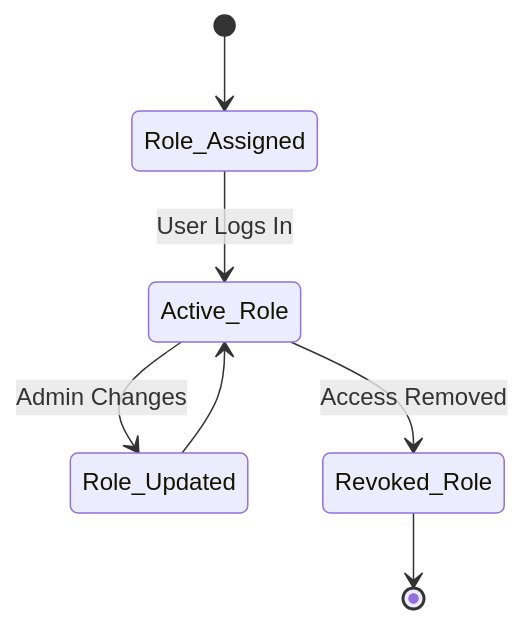
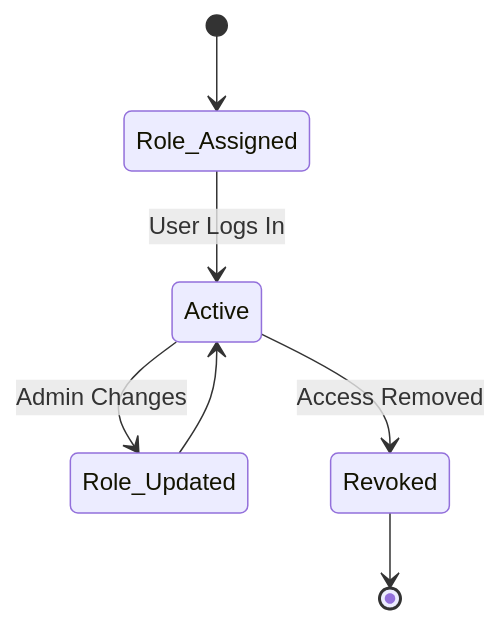
Before and after one commit to glory-kasongo-03/Doctor_appointment_booking_system: the sixth of 8 diagrams in State Transition Diagrams.md, drawn with Mermaid. The commit also changed other lines of this file, not shown here.

Commit message:
Update State Transition Diagrams.md

````diff
--- a/State Transition Diagrams.md
+++ b/State Transition Diagrams.md
@@ -67,10 +62,9 @@
 ```mermaid
 stateDiagram-v2
-    %% Initial state
     [*] --> Role_Assigned
-    Role_Assigned --> Active_Role : User Logs In
-    Active_Role --> Role_Updated : Admin Changes
-    Role_Updated --> Active_Role
-    Active_Role --> Revoked_Role : Access Removed
-    Revoked_Role --> [*]
+    Role_Assigned --> Active : User Logs In
+    Active --> Role_Updated : Admin Changes
+    Role_Updated --> Active
+    Active --> Revoked : Access Removed
+    Revoked --> [*]
 ```
````
